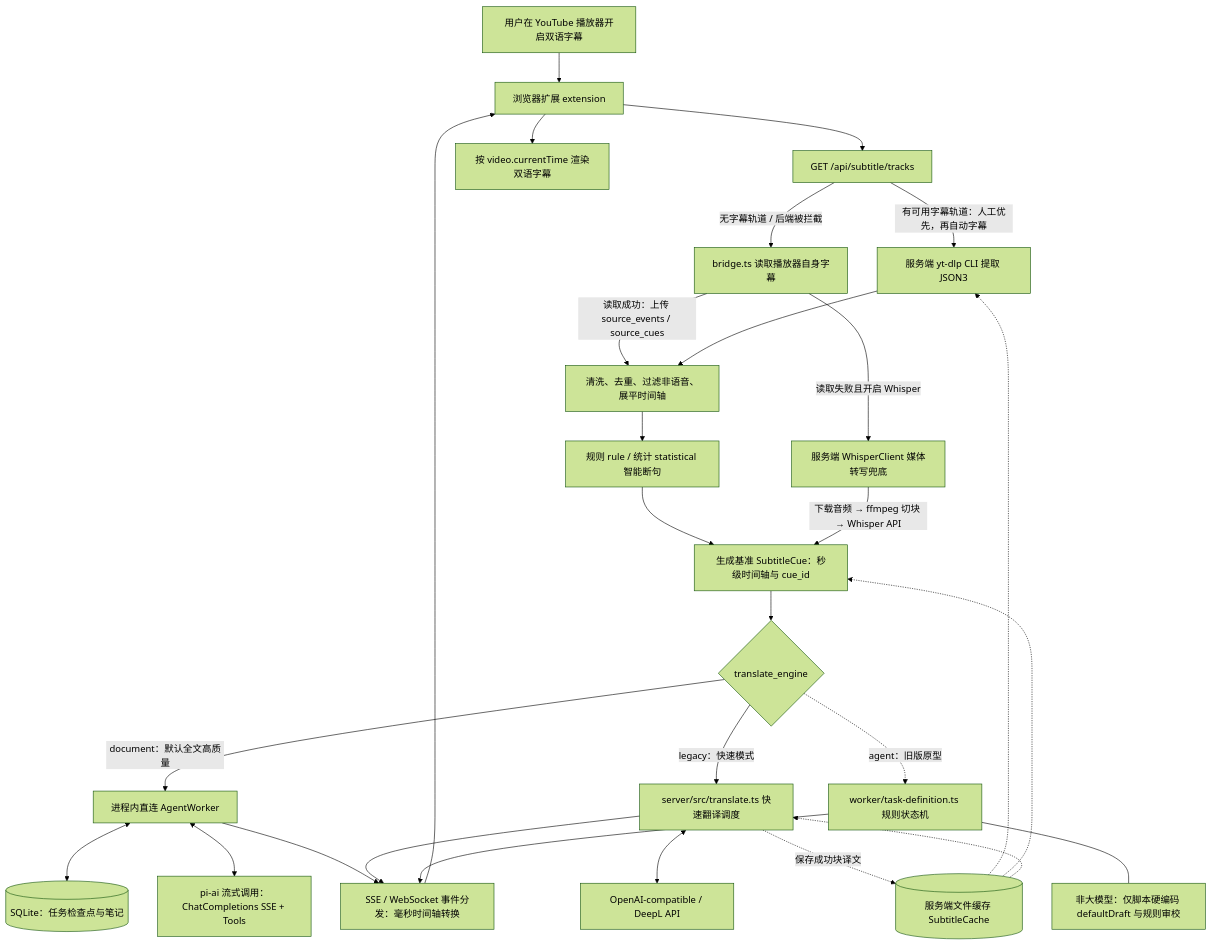
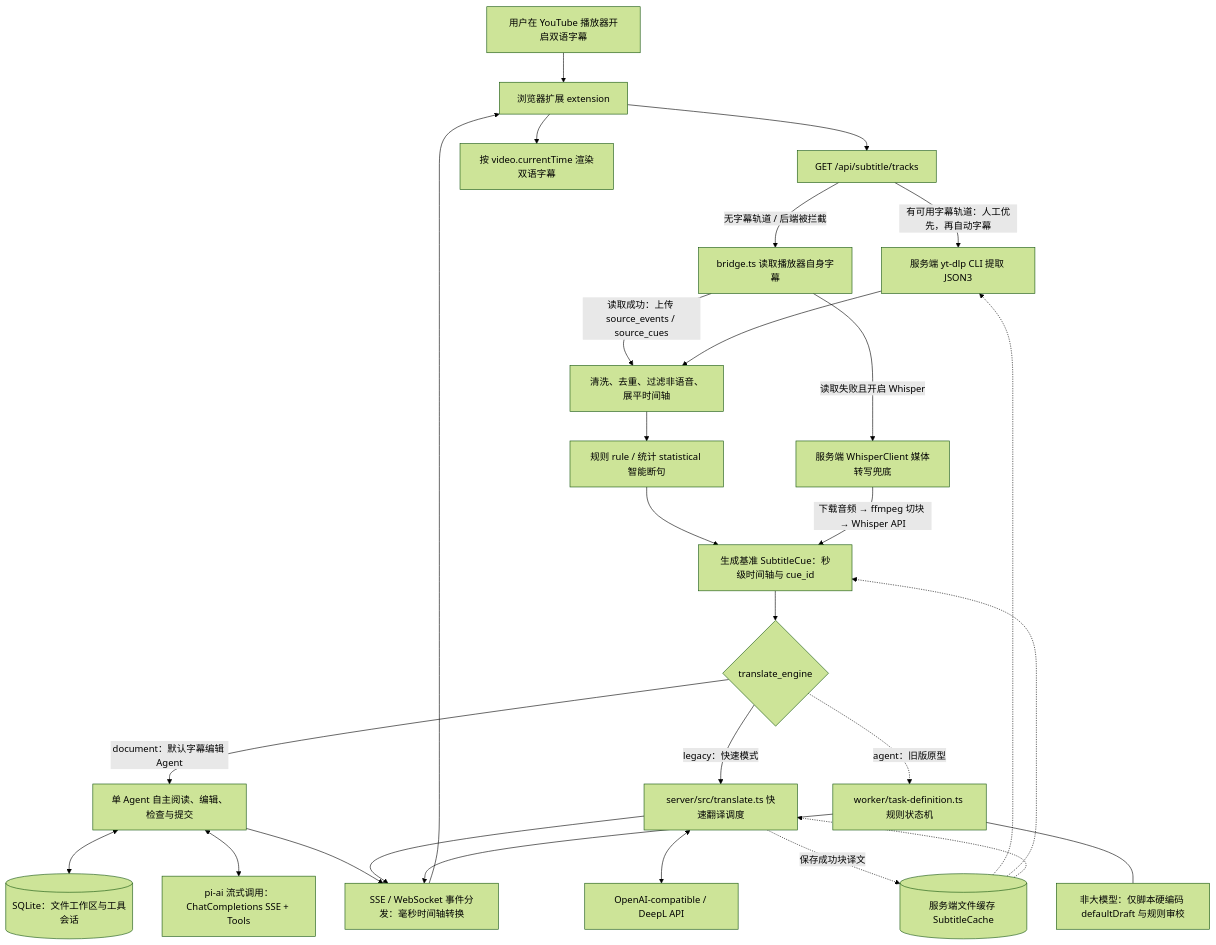
One commit to midastruth/youtube-translator changed the first of 2 diagrams in docs/translation-architecture.md. Above: the diagram before and after it, drawn with Mermaid (forest theme). The commit also changed other lines of this file and 18 other files, not shown here.

````diff
--- a/docs/translation-architecture.md
+++ b/docs/translation-architecture.md
@@ -11,36 +11,36 @@
 ```mermaid
 flowchart TD
     U[用户在 YouTube 播放器开启双语字幕] --> E[浏览器扩展 extension]
     E --> T[GET /api/subtitle/tracks]
     T -->|有可用字幕轨道：人工优先，再自动字幕| Y[服务端 yt-dlp CLI 提取 JSON3]
     T -->|无字幕轨道 / 后端被拦截| B[bridge.ts 读取播放器自身字幕]
     B -->|读取成功：上传 source_events / source_cues| P[清洗、去重、过滤非语音、展平时间轴]
     Y --> P
     P --> S[规则 rule / 统计 statistical 智能断句]
     S --> C[生成基准 SubtitleCue：秒级时间轴与 cue_id]
     B -->|读取失败且开启 Whisper| W[服务端 WhisperClient 媒体转写兜底]
     W -->|下载音频 → ffmpeg 切块 → Whisper API| C
     
     C --> Q{translate_engine}
     
-    Q -->|document：默认全文高质量| DW[进程内直连 AgentWorker]
-    DW <--> DB[(SQLite：任务检查点与笔记)]
+    Q -->|document：默认字幕编辑 Agent| DW[单 Agent 自主阅读、编辑、检查与提交]
+    DW <--> DB[(SQLite：文件工作区与工具会话)]
     DW <--> LLM[pi-ai 流式调用：ChatCompletions SSE + Tools]
     
     Q -->|legacy：快速模式| L[server/src/translate.ts 快速翻译调度]
     L <--> API[OpenAI-compatible / DeepL API]
     
     Q -.->|agent：旧版原型| AG[worker/task-definition.ts 规则状态机]
     AG --- NOTE[非大模型：仅脚本硬编码 defaultDraft 与规则审校]
     
     DW --> SSE[SSE / WebSocket 事件分发：毫秒时间轴转换]
     L --> SSE
     AG --> SSE
     SSE --> E
     E --> R[按 video.currentTime 渲染双语字幕]
     
     FC[(服务端文件缓存 SubtitleCache)] -.-> Y
     FC -.-> C
     FC -.-> L
     L -.->|保存成功块译文| FC
 ```
````
